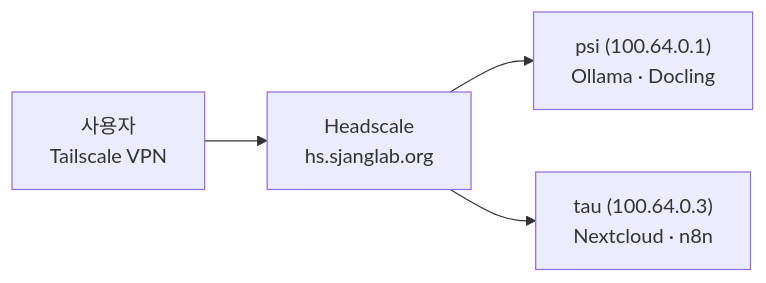
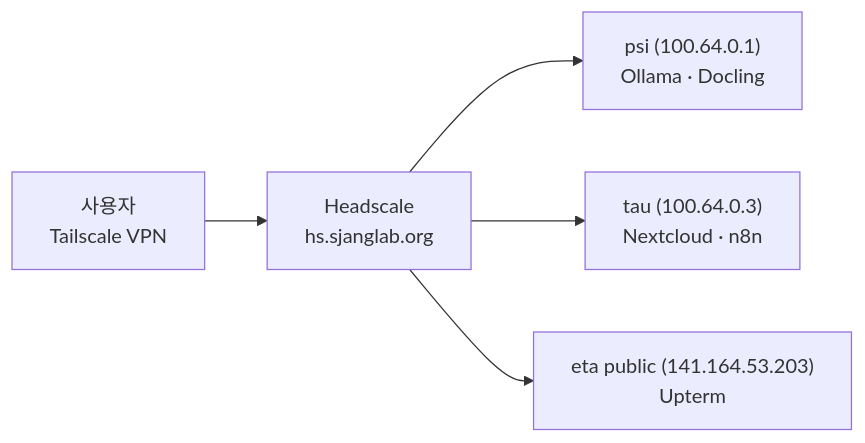
The diagram in docs/guide/vpn-setup.md (SBEE-Lab/infra), drawn with Mermaid before and after one commit. The commit also changed other lines of this file and 18 other files, not shown here.

First line of the commit message:
eta: expose an Upterm relay

````diff
--- a/docs/guide/vpn-setup.md
+++ b/docs/guide/vpn-setup.md
@@ -98,6 +98,7 @@
 ```mermaid
 flowchart LR
   user["사용자<br/>Tailscale VPN"] --> hs["Headscale<br/>hs.sjanglab.org"]
   hs --> psi["psi (100.64.0.1)<br/>Ollama · Docling"]
   hs --> tau["tau (100.64.0.3)<br/>Nextcloud · n8n"]
+  hs --> eta_pub["eta public (141.164.53.203)<br/>Upterm"]
 ```
````
